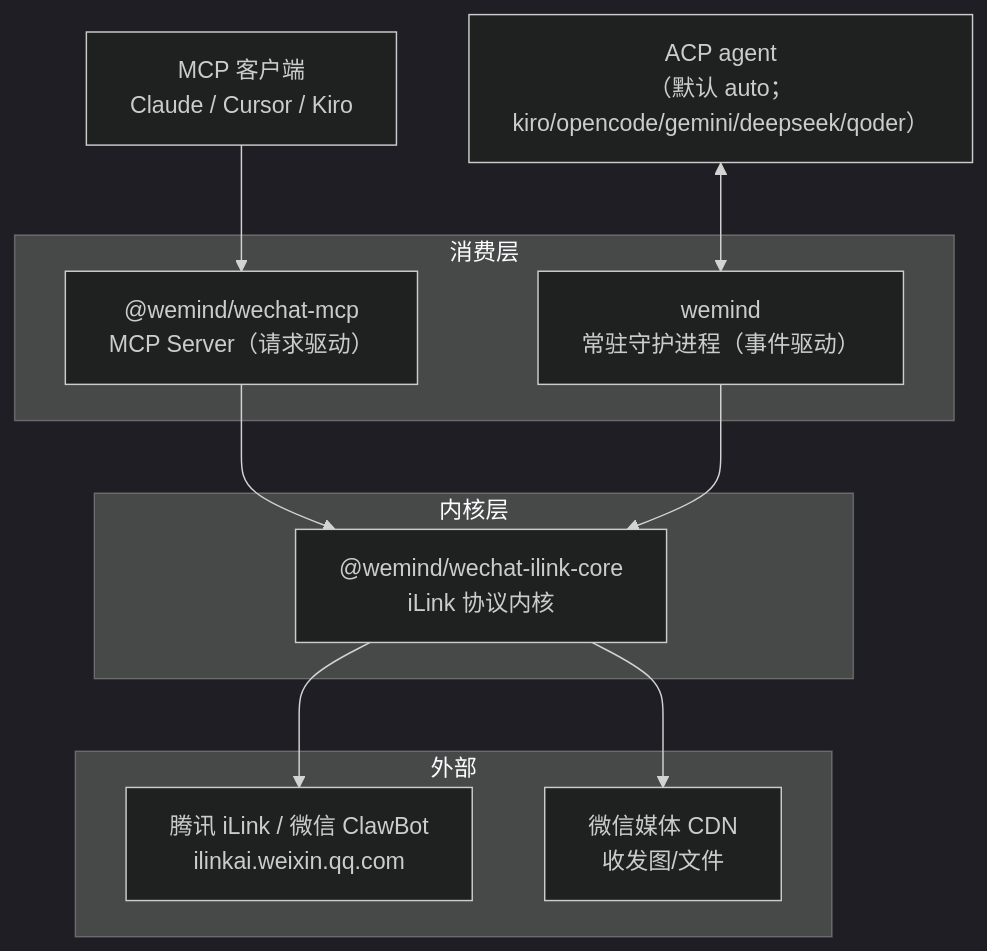
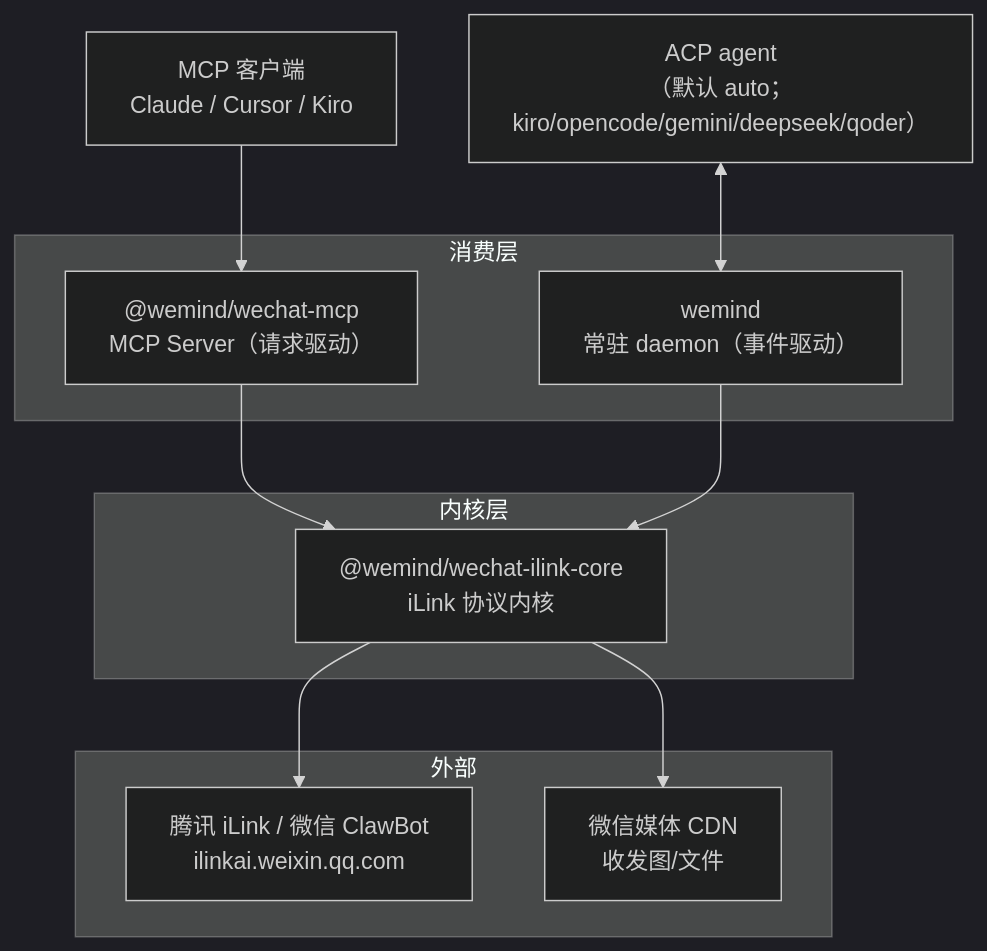
The first of 6 diagrams in docs/repowiki/02-系统架构.md (imwangpan/WeMind), drawn with Mermaid (dark theme) before and after one commit. The commit also changed other lines of this file and 54 other files, not shown here.

````diff
--- a/docs/repowiki/02-系统架构.md
+++ b/docs/repowiki/02-系统架构.md
@@ -13,20 +13,20 @@
 ```mermaid
 graph TD
     subgraph 消费层
         MCP["@wemind/wechat-mcp<br/>MCP Server（请求驱动）"]
-        DAEMON["wemind<br/>常驻守护进程（事件驱动）"]
+        DAEMON["wemind<br/>常驻 daemon（事件驱动）"]
     end
     subgraph 内核层
         CORE["@wemind/wechat-ilink-core<br/>iLink 协议内核"]
     end
     subgraph 外部
         ILINK["腾讯 iLink / 微信 ClawBot<br/>ilinkai.weixin.qq.com"]
         CDN["微信媒体 CDN<br/>收发图/文件"]
     end
     MCPCLIENT["MCP 客户端<br/>Claude / Cursor / Kiro"] --> MCP
     BRAIN["ACP agent<br/>（默认 auto；kiro/opencode/gemini/deepseek/qoder）"] <--> DAEMON
     MCP --> CORE
     DAEMON --> CORE
     CORE --> ILINK
     CORE --> CDN
 ```
````
